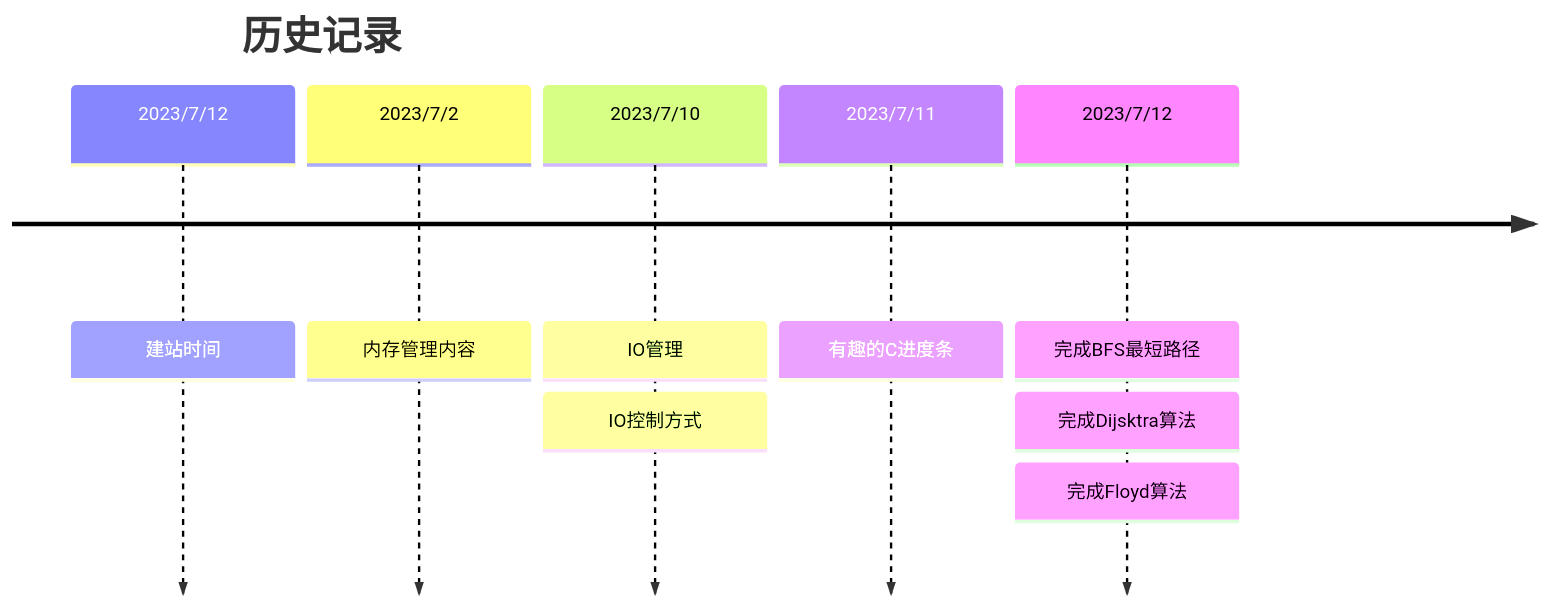
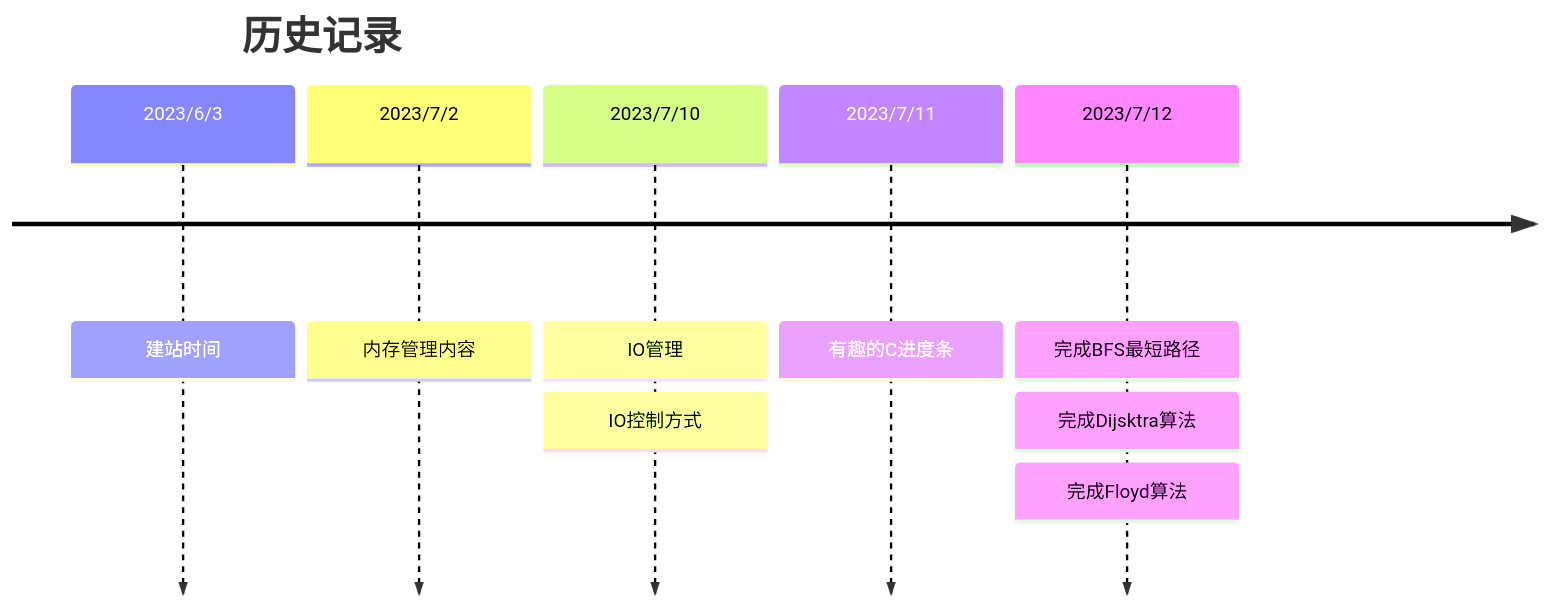
One commit to skywalkerch/myweb changed the diagram in blog/2023-07-10-TODO.mdx. Above: the diagram before and after it, drawn with Mermaid.

Commit message:
修改建站日期

````diff
--- a/blog/2023-07-10-TODO.mdx
+++ b/blog/2023-07-10-TODO.mdx
@@ -12,15 +12,15 @@
 ```mermaid
 timeline
     title 历史记录
-    2023/7/12: 建站时间
+    2023/6/3: 建站时间
     2023/7/2 : 内存管理内容
     2023/7/10 :  IO管理
     		  :  IO控制方式
 
     2023/7/11 :  有趣的C进度条
     
     2023/7/12 : 完成BFS最短路径
     		  : 完成Dijsktra算法
               : 完成Floyd算法        
 
 ```
````
